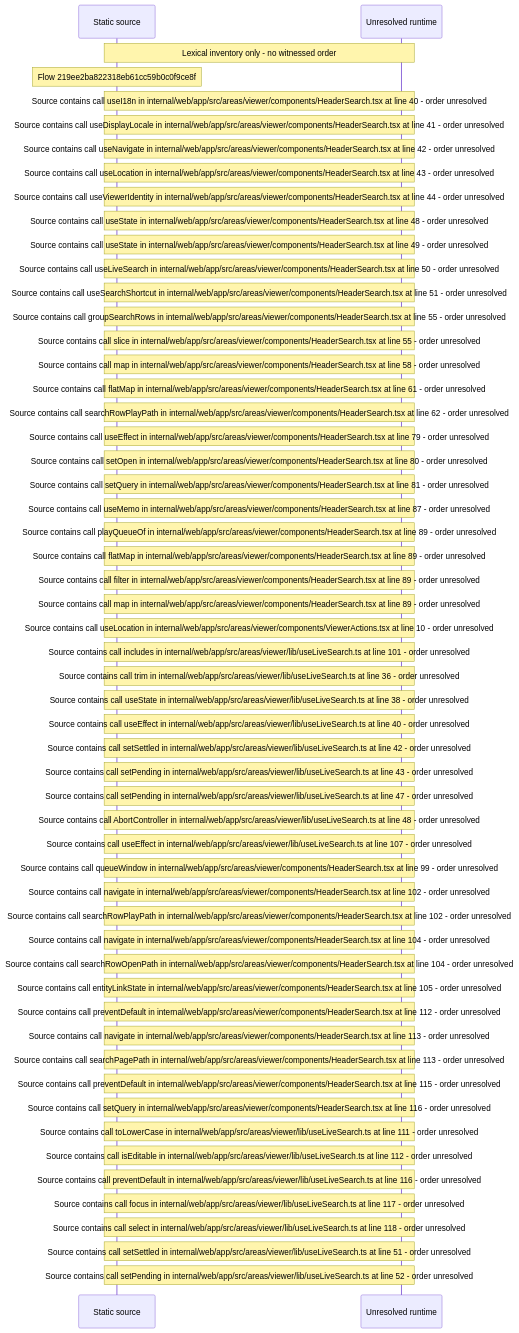
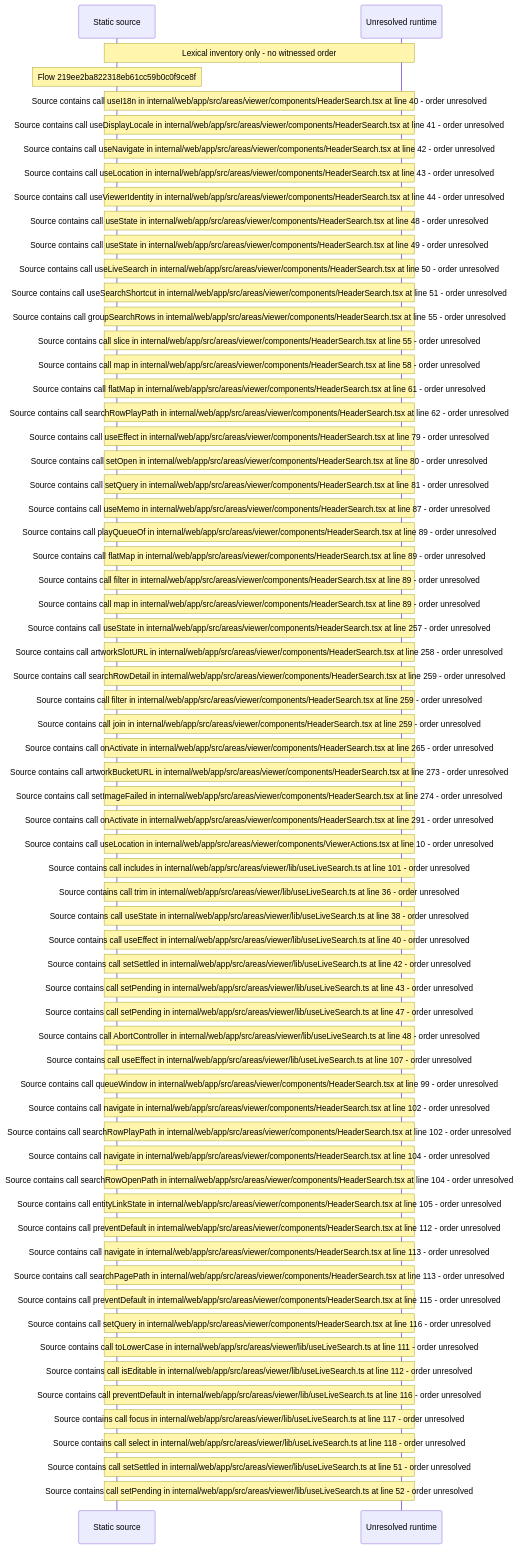
The diagram in docs/web/flows/generated/219ee2ba822318eb61cc59b0c0f9ce8f/flow-diagram.md (beamfall/core), drawn with Mermaid before and after one commit. The commit also changed other lines of this file and 699 other files, not shown here.

Commit message:
Regenerate the web flow record with flow generator version 5

````diff
--- a/docs/web/flows/generated/219ee2ba822318eb61cc59b0c0f9ce8f/flow-diagram.md
+++ b/docs/web/flows/generated/219ee2ba822318eb61cc59b0c0f9ce8f/flow-diagram.md
@@ -10,57 +10,66 @@
 ```mermaid
 sequenceDiagram
     participant S as Static source
     participant U as Unresolved runtime
     Note over S,U: Lexical inventory only - no witnessed order
     Note over S: Flow 219ee2ba822318eb61cc59b0c0f9ce8f
     Note over S,U: Source contains call useI18n in internal/web/app/src/areas/viewer/components/HeaderSearch.tsx at line 40 - order unresolved
     Note over S,U: Source contains call useDisplayLocale in internal/web/app/src/areas/viewer/components/HeaderSearch.tsx at line 41 - order unresolved
     Note over S,U: Source contains call useNavigate in internal/web/app/src/areas/viewer/components/HeaderSearch.tsx at line 42 - order unresolved
     Note over S,U: Source contains call useLocation in internal/web/app/src/areas/viewer/components/HeaderSearch.tsx at line 43 - order unresolved
     Note over S,U: Source contains call useViewerIdentity in internal/web/app/src/areas/viewer/components/HeaderSearch.tsx at line 44 - order unresolved
     Note over S,U: Source contains call useState in internal/web/app/src/areas/viewer/components/HeaderSearch.tsx at line 48 - order unresolved
     Note over S,U: Source contains call useState in internal/web/app/src/areas/viewer/components/HeaderSearch.tsx at line 49 - order unresolved
     Note over S,U: Source contains call useLiveSearch in internal/web/app/src/areas/viewer/components/HeaderSearch.tsx at line 50 - order unresolved
     Note over S,U: Source contains call useSearchShortcut in internal/web/app/src/areas/viewer/components/HeaderSearch.tsx at line 51 - order unresolved
     Note over S,U: Source contains call groupSearchRows in internal/web/app/src/areas/viewer/components/HeaderSearch.tsx at line 55 - order unresolved
     Note over S,U: Source contains call slice in internal/web/app/src/areas/viewer/components/HeaderSearch.tsx at line 55 - order unresolved
     Note over S,U: Source contains call map in internal/web/app/src/areas/viewer/components/HeaderSearch.tsx at line 58 - order unresolved
     Note over S,U: Source contains call flatMap in internal/web/app/src/areas/viewer/components/HeaderSearch.tsx at line 61 - order unresolved
     Note over S,U: Source contains call searchRowPlayPath in internal/web/app/src/areas/viewer/components/HeaderSearch.tsx at line 62 - order unresolved
     Note over S,U: Source contains call useEffect in internal/web/app/src/areas/viewer/components/HeaderSearch.tsx at line 79 - order unresolved
     Note over S,U: Source contains call setOpen in internal/web/app/src/areas/viewer/components/HeaderSearch.tsx at line 80 - order unresolved
     Note over S,U: Source contains call setQuery in internal/web/app/src/areas/viewer/components/HeaderSearch.tsx at line 81 - order unresolved
     Note over S,U: Source contains call useMemo in internal/web/app/src/areas/viewer/components/HeaderSearch.tsx at line 87 - order unresolved
     Note over S,U: Source contains call playQueueOf in internal/web/app/src/areas/viewer/components/HeaderSearch.tsx at line 89 - order unresolved
     Note over S,U: Source contains call flatMap in internal/web/app/src/areas/viewer/components/HeaderSearch.tsx at line 89 - order unresolved
     Note over S,U: Source contains call filter in internal/web/app/src/areas/viewer/components/HeaderSearch.tsx at line 89 - order unresolved
     Note over S,U: Source contains call map in internal/web/app/src/areas/viewer/components/HeaderSearch.tsx at line 89 - order unresolved
+    Note over S,U: Source contains call useState in internal/web/app/src/areas/viewer/components/HeaderSearch.tsx at line 257 - order unresolved
+    Note over S,U: Source contains call artworkSlotURL in internal/web/app/src/areas/viewer/components/HeaderSearch.tsx at line 258 - order unresolved
+    Note over S,U: Source contains call searchRowDetail in internal/web/app/src/areas/viewer/components/HeaderSearch.tsx at line 259 - order unresolved
+    Note over S,U: Source contains call filter in internal/web/app/src/areas/viewer/components/HeaderSearch.tsx at line 259 - order unresolved
+    Note over S,U: Source contains call join in internal/web/app/src/areas/viewer/components/HeaderSearch.tsx at line 259 - order unresolved
+    Note over S,U: Source contains call onActivate in internal/web/app/src/areas/viewer/components/HeaderSearch.tsx at line 265 - order unresolved
+    Note over S,U: Source contains call artworkBucketURL in internal/web/app/src/areas/viewer/components/HeaderSearch.tsx at line 273 - order unresolved
+    Note over S,U: Source contains call setImageFailed in internal/web/app/src/areas/viewer/components/HeaderSearch.tsx at line 274 - order unresolved
+    Note over S,U: Source contains call onActivate in internal/web/app/src/areas/viewer/components/HeaderSearch.tsx at line 291 - order unresolved
     Note over S,U: Source contains call useLocation in internal/web/app/src/areas/viewer/components/ViewerActions.tsx at line 10 - order unresolved
     Note over S,U: Source contains call includes in internal/web/app/src/areas/viewer/lib/useLiveSearch.ts at line 101 - order unresolved
     Note over S,U: Source contains call trim in internal/web/app/src/areas/viewer/lib/useLiveSearch.ts at line 36 - order unresolved
     Note over S,U: Source contains call useState in internal/web/app/src/areas/viewer/lib/useLiveSearch.ts at line 38 - order unresolved
     Note over S,U: Source contains call useEffect in internal/web/app/src/areas/viewer/lib/useLiveSearch.ts at line 40 - order unresolved
     Note over S,U: Source contains call setSettled in internal/web/app/src/areas/viewer/lib/useLiveSearch.ts at line 42 - order unresolved
     Note over S,U: Source contains call setPending in internal/web/app/src/areas/viewer/lib/useLiveSearch.ts at line 43 - order unresolved
     Note over S,U: Source contains call setPending in internal/web/app/src/areas/viewer/lib/useLiveSearch.ts at line 47 - order unresolved
     Note over S,U: Source contains call AbortController in internal/web/app/src/areas/viewer/lib/useLiveSearch.ts at line 48 - order unresolved
     Note over S,U: Source contains call useEffect in internal/web/app/src/areas/viewer/lib/useLiveSearch.ts at line 107 - order unresolved
     Note over S,U: Source contains call queueWindow in internal/web/app/src/areas/viewer/components/HeaderSearch.tsx at line 99 - order unresolved
     Note over S,U: Source contains call navigate in internal/web/app/src/areas/viewer/components/HeaderSearch.tsx at line 102 - order unresolved
     Note over S,U: Source contains call searchRowPlayPath in internal/web/app/src/areas/viewer/components/HeaderSearch.tsx at line 102 - order unresolved
     Note over S,U: Source contains call navigate in internal/web/app/src/areas/viewer/components/HeaderSearch.tsx at line 104 - order unresolved
     Note over S,U: Source contains call searchRowOpenPath in internal/web/app/src/areas/viewer/components/HeaderSearch.tsx at line 104 - order unresolved
     Note over S,U: Source contains call entityLinkState in internal/web/app/src/areas/viewer/components/HeaderSearch.tsx at line 105 - order unresolved
     Note over S,U: Source contains call preventDefault in internal/web/app/src/areas/viewer/components/HeaderSearch.tsx at line 112 - order unresolved
     Note over S,U: Source contains call navigate in internal/web/app/src/areas/viewer/components/HeaderSearch.tsx at line 113 - order unresolved
     Note over S,U: Source contains call searchPagePath in internal/web/app/src/areas/viewer/components/HeaderSearch.tsx at line 113 - order unresolved
     Note over S,U: Source contains call preventDefault in internal/web/app/src/areas/viewer/components/HeaderSearch.tsx at line 115 - order unresolved
     Note over S,U: Source contains call setQuery in internal/web/app/src/areas/viewer/components/HeaderSearch.tsx at line 116 - order unresolved
     Note over S,U: Source contains call toLowerCase in internal/web/app/src/areas/viewer/lib/useLiveSearch.ts at line 111 - order unresolved
     Note over S,U: Source contains call isEditable in internal/web/app/src/areas/viewer/lib/useLiveSearch.ts at line 112 - order unresolved
     Note over S,U: Source contains call preventDefault in internal/web/app/src/areas/viewer/lib/useLiveSearch.ts at line 116 - order unresolved
     Note over S,U: Source contains call focus in internal/web/app/src/areas/viewer/lib/useLiveSearch.ts at line 117 - order unresolved
     Note over S,U: Source contains call select in internal/web/app/src/areas/viewer/lib/useLiveSearch.ts at line 118 - order unresolved
     Note over S,U: Source contains call setSettled in internal/web/app/src/areas/viewer/lib/useLiveSearch.ts at line 51 - order unresolved
     Note over S,U: Source contains call setPending in internal/web/app/src/areas/viewer/lib/useLiveSearch.ts at line 52 - order unresolved
 ```
````
